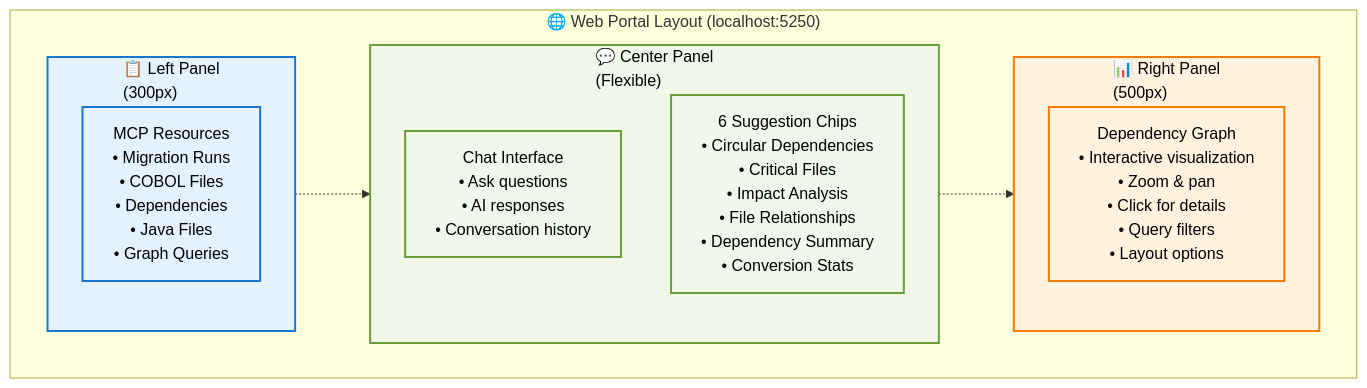
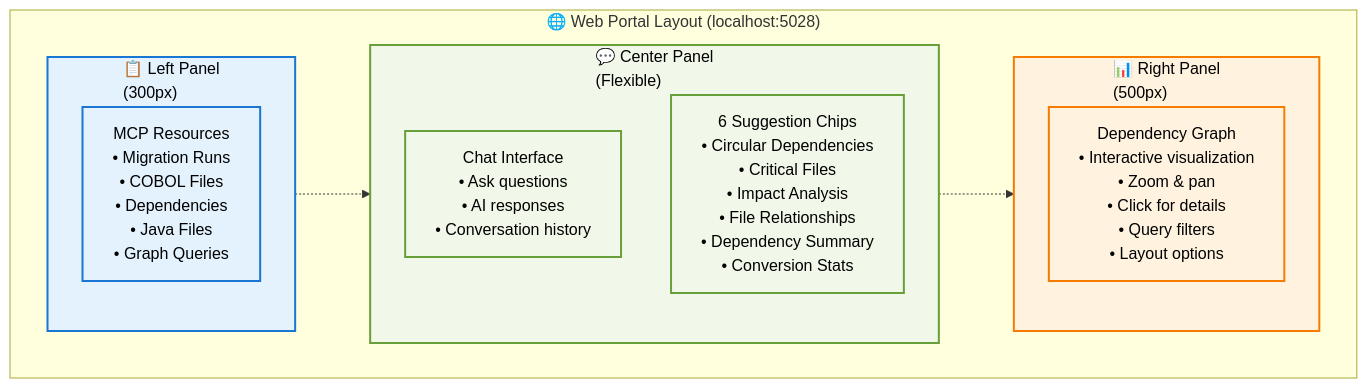
One commit to Azure-Samples/Legacy-Modernization-Agents changed the second of 4 diagrams in README.md. Above: the diagram before and after it, drawn with Mermaid. The commit also changed other lines of this file and 10 other files, not shown here.

````diff
--- a/README.md
+++ b/README.md
@@ -790,29 +791,29 @@
 ```mermaid
 graph TB
-    subgraph PORTAL["🌐 Web Portal Layout (localhost:5250)"]
+    subgraph PORTAL["🌐 Web Portal Layout (localhost:5028)"]
         direction LR
         subgraph LEFT["📋 Left Panel<br/>(300px)"]
             RESOURCES["MCP Resources<br/>• Migration Runs<br/>• COBOL Files<br/>• Dependencies<br/>• Java Files<br/>• Graph Queries"]
         end
         
         subgraph CENTER["💬 Center Panel<br/>(Flexible)"]
             CHAT["Chat Interface<br/>• Ask questions<br/>• AI responses<br/>• Conversation history"]
             CHIPS["6 Suggestion Chips<br/>• Circular Dependencies<br/>• Critical Files<br/>• Impact Analysis<br/>• File Relationships<br/>• Dependency Summary<br/>• Conversion Stats"]
         end
         
         subgraph RIGHT["📊 Right Panel<br/>(500px)"]
             GRAPH["Dependency Graph<br/>• Interactive visualization<br/>• Zoom & pan<br/>• Click for details<br/>• Query filters<br/>• Layout options"]
         end
     end
     
     LEFT -.-> CENTER
     CENTER -.-> RIGHT
     
     classDef leftStyle fill:#e3f2fd,stroke:#1976d2,stroke-width:2px,color:#000
     classDef centerStyle fill:#f1f8e9,stroke:#689f38,stroke-width:2px,color:#000
     classDef rightStyle fill:#fff3e0,stroke:#f57c00,stroke-width:2px,color:#000
     
     class LEFT,RESOURCES leftStyle
     class CENTER,CHAT,CHIPS centerStyle
     class RIGHT,GRAPH rightStyle
 ```
````
